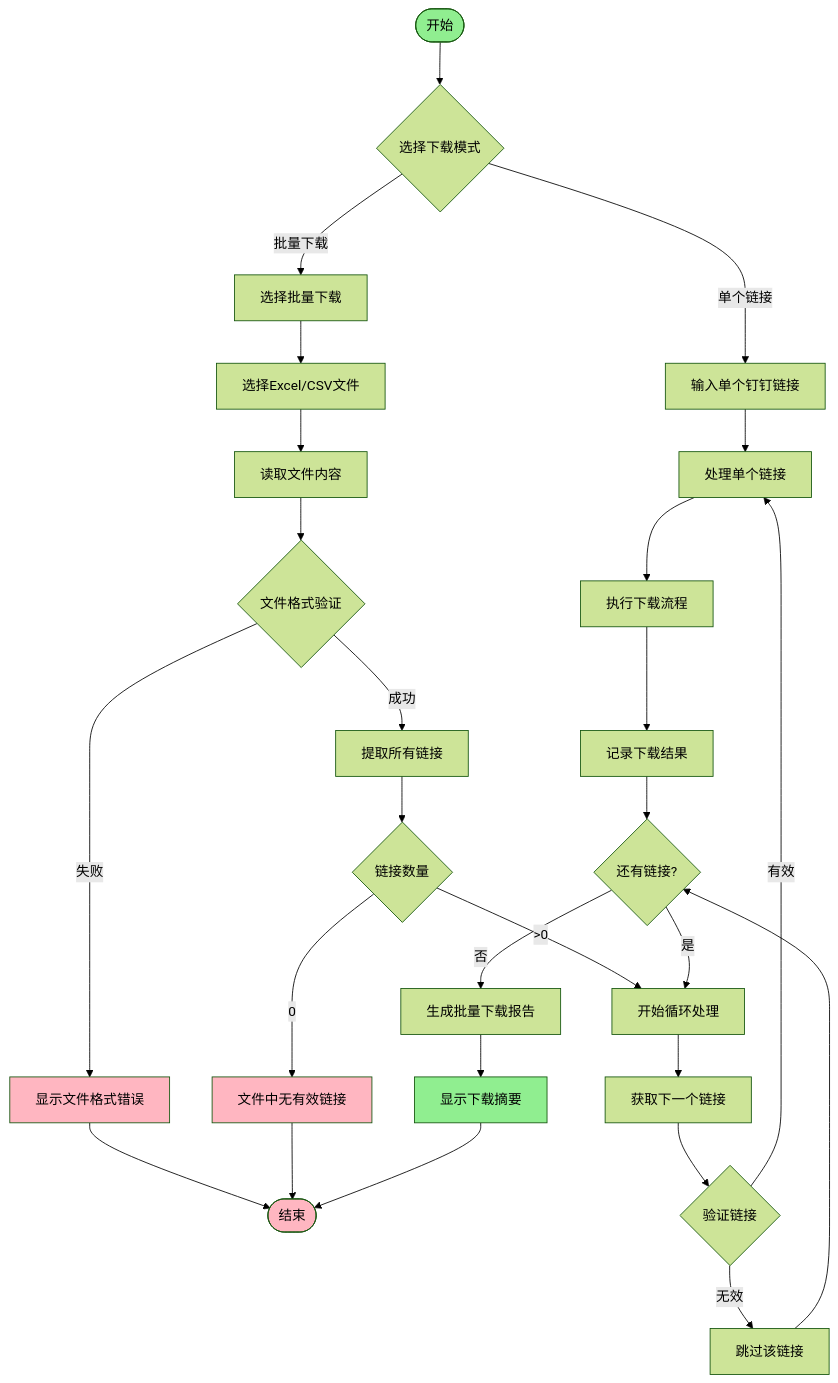
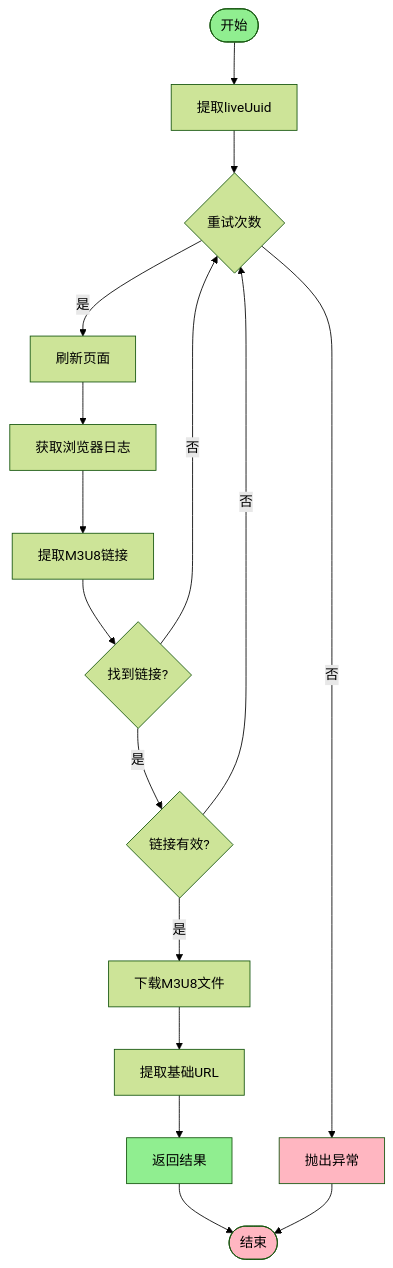
One commit to glacier0315/DingTalk-Live-Playback-Download-Tool changed the fifth of 6 diagrams in docs/architecture.md. Above: the diagram before and after it, drawn with Mermaid (forest theme). The commit also changed other lines of this file and 2 other files, not shown here.

````diff
--- a/docs/architecture.md
+++ b/docs/architecture.md
@@ -189,47 +810,29 @@
 ```mermaid
 flowchart TD
-    Start([开始]) --> SelectMode{选择下载模式}
+    Start([开始]) --> ExtractUUID[提取liveUuid]
+    ExtractUUID --> RetryLoop{重试次数<MAX?}
 
-    SelectMode -->|单个链接| SingleLink[输入单个钉钉链接]
-    SelectMode -->|批量下载| BatchMode[选择批量下载]
+    RetryLoop -->|是| RefreshPage[刷新页面]
+    RefreshPage --> GetLogs[获取浏览器日志]
+    GetLogs --> ExtractLinks[提取M3U8链接]
 
-    BatchMode --> SelectFile[选择Excel/CSV文件]
-    SelectFile --> ReadFile[读取文件内容]
-    ReadFile --> ValidateFile{文件格式验证}
+    ExtractLinks --> CheckLinks{找到链接?}
 
-    ValidateFile -->|失败| Error1[显示文件格式错误]
-    Error1 --> End([结束])
+    CheckLinks -->|否| RetryLoop
+    CheckLinks -->|是| ValidateLinks{链接有效?}
 
-    ValidateFile -->|成功| ExtractLinks[提取所有链接]
-    ExtractLinks --> CountLinks{链接数量}
+    ValidateLinks -->|否| RetryLoop
+    ValidateLinks -->|是| DownloadM3U8[下载M3U8文件]
 
-    CountLinks -->|0| Error2[文件中无有效链接]
-    Error2 --> End
+    DownloadM3U8 --> ExtractPrefix[提取基础URL]
+    ExtractPrefix --> Return[返回结果]
+    Return --> End([结束])
 
-    CountLinks -->|>0| ProcessLoop[开始循环处理]
-
-    ProcessLoop --> GetLink[获取下一个链接]
-    GetLink --> ValidateLink{验证链接}
-
-    ValidateLink -->|无效| SkipLink[跳过该链接]
-    SkipLink --> CheckNext{还有链接?}
-
-    ValidateLink -->|有效| ProcessLink[处理单个链接]
-    ProcessLink --> Download[执行下载流程]
-    Download --> RecordResult[记录下载结果]
-    RecordResult --> CheckNext
-
-    CheckNext -->|是| ProcessLoop
-    CheckNext -->|否| GenerateReport[生成批量下载报告]
-
-    GenerateReport --> ShowSummary[显示下载摘要]
-    ShowSummary --> End
-
-    SingleLink --> ProcessLink
+    RetryLoop -->|否| Error[抛出异常]
+    Error --> End
 
     style Start fill:#90EE90
     style End fill:#FFB6C1
-    style Error1 fill:#FFB6C1
-    style Error2 fill:#FFB6C1
-    style ShowSummary fill:#90EE90
+    style Error fill:#FFB6C1
+    style Return fill:#90EE90
 ```
````
